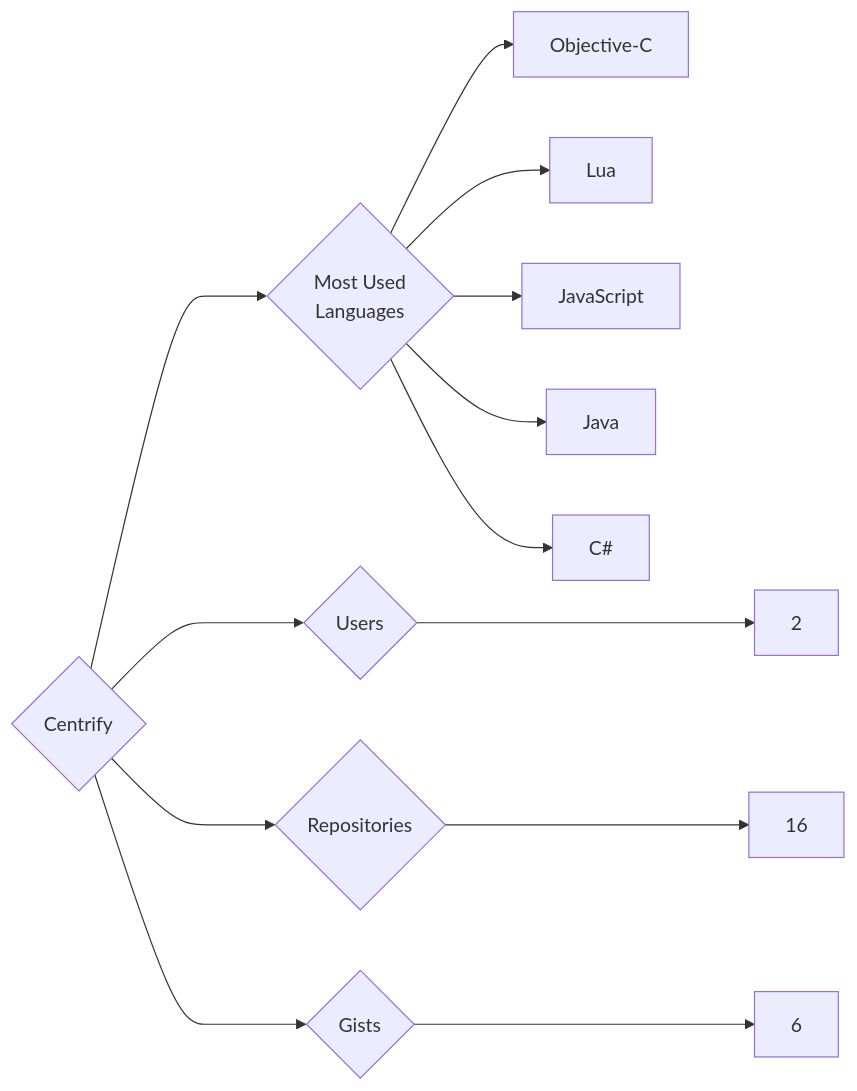
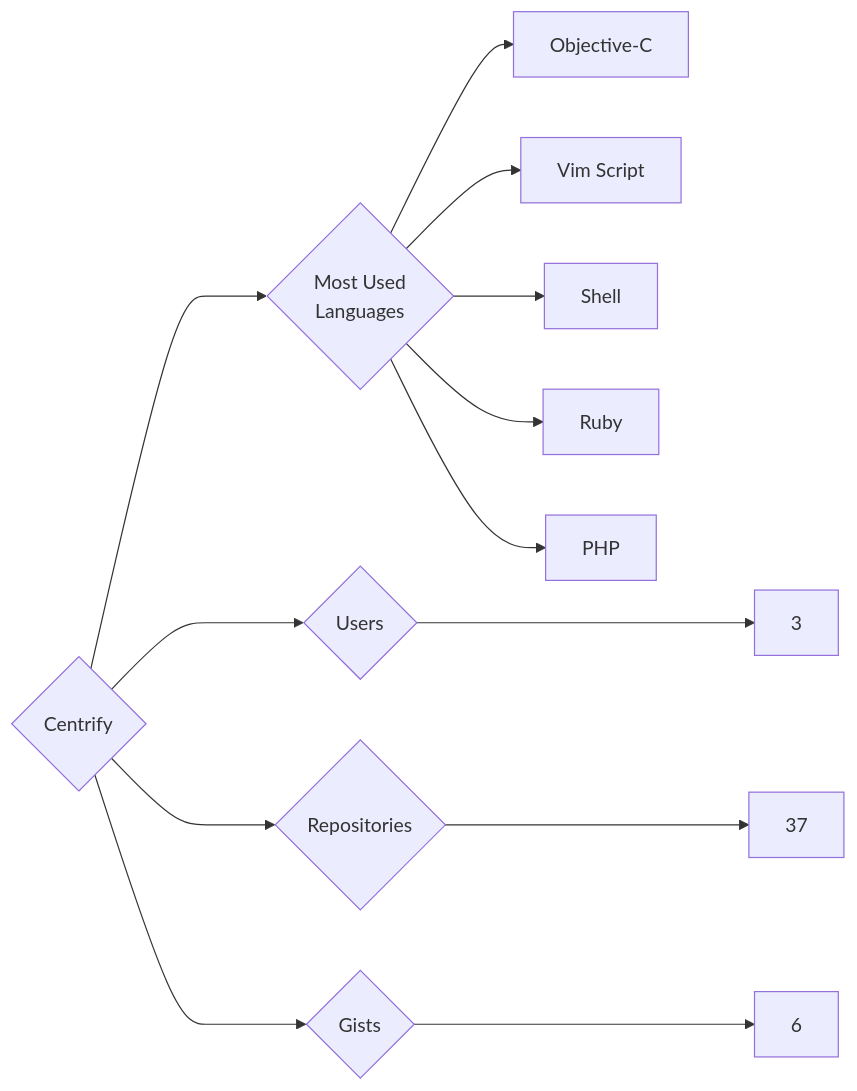
The diagram in targets/Centrify/README.md (trickest/insiders), drawn with Mermaid before and after one commit. The commit also changed 938 other files, not shown here.

````diff
--- a/targets/Centrify/README.md
+++ b/targets/Centrify/README.md
@@ -3,13 +3,13 @@
 ```mermaid
 graph LR
 COMPANY_NAME{Centrify}
-COMPANY_NAME ---> U{Users} ---> UN[2]
-COMPANY_NAME ---> R{Repositories} ---> RN[16]
+COMPANY_NAME ---> U{Users} ---> UN[3]
+COMPANY_NAME ---> R{Repositories} ---> RN[37]
 COMPANY_NAME ---> G{Gists} ---> GN[6]
 COMPANY_NAME ---> ML{Most Used<br>Languages}
 ML --> Objective-C[Objective-C]
-ML --> Lua[Lua]
-ML --> JavaScript[JavaScript]
-ML --> Java[Java]
-ML --> C#[C#]
+ML --> Vim_Script[Vim Script]
+ML --> Shell[Shell]
+ML --> Ruby[Ruby]
+ML --> PHP[PHP]
 ```
````
